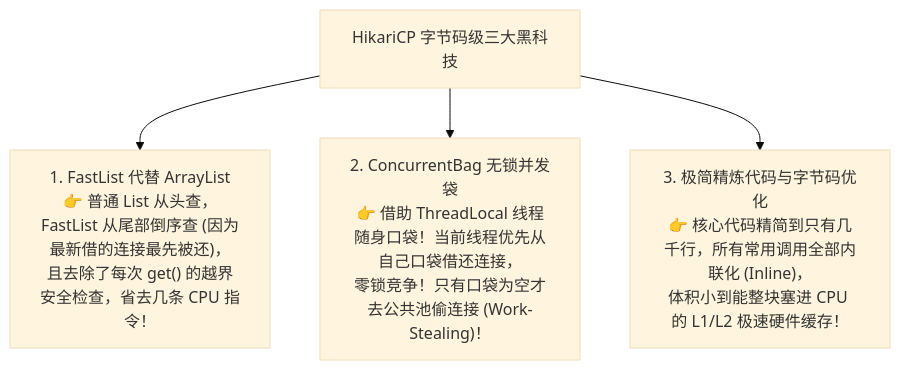
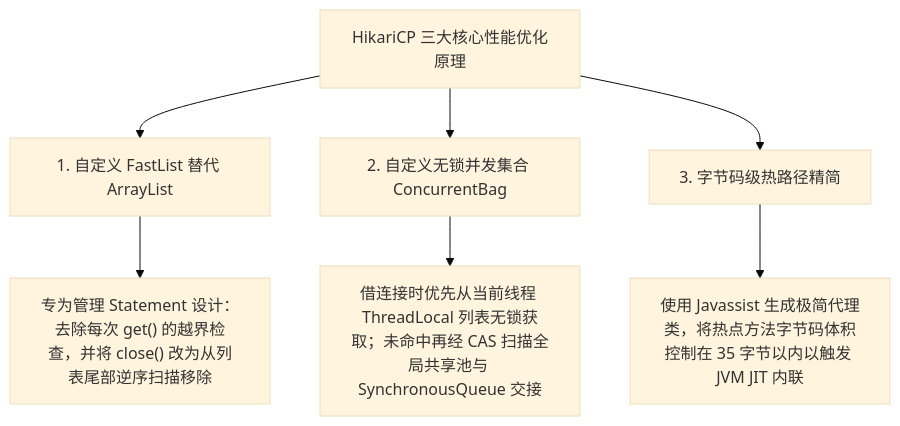
Before and after one commit to GuoWWWX/knowledge-base: the second of 2 diagrams in 20-Java后端/05-数据库与存储/09-数据库连接池与连接管理.md, drawn with Mermaid (base theme). The commit also changed other lines of this file and 251 other files, not shown here.

````diff
--- a/20-Java后端/05-数据库与存储/09-数据库连接池与连接管理.md
+++ b/20-Java后端/05-数据库与存储/09-数据库连接池与连接管理.md
@@ -52,7 +56,13 @@
 ```mermaid
 flowchart TD
-    Hikari["HikariCP 字节码级三大黑科技"]
-    Hikari --> T1["1. FastList 代替 ArrayList<br/>👉 普通 List 从头查，FastList 从尾部倒序查 (因为最新借的连接最先被还)，<br/>且去除了每次 get() 的越界安全检查，省去几条 CPU 指令！"]
-    Hikari --> T2["2. ConcurrentBag 无锁并发袋<br/>👉 借助 ThreadLocal 线程随身口袋！当前线程优先从自己口袋借还连接，<br/>零锁竞争！只有口袋为空才去公共池偷连接 (Work-Stealing)！"]
-    Hikari --> T3["3. 极简精炼代码与字节码优化<br/>👉 核心代码精简到只有几千行，所有常用调用全部内联化 (Inline)，<br/>体积小到能整块塞进 CPU 的 L1/L2 极速硬件缓存！"]
+    Hikari["HikariCP 三大核心性能优化原理"]
+    
+    Hikari --> T1["1. 自定义 FastList 替代 ArrayList"]
+    T1 --> T1_Desc["专为管理 Statement 设计：去除每次 get() 的越界检查，并将 close() 改为从列表尾部逆序扫描移除"]
+    
+    Hikari --> T2["2. 自定义无锁并发集合 ConcurrentBag"]
+    T2 --> T2_Desc["借连接时优先从当前线程 ThreadLocal 列表无锁获取；未命中再经 CAS 扫描全局共享池与 SynchronousQueue 交接"]
+    
+    Hikari --> T3["3. 字节码级热路径精简"]
+    T3 --> T3_Desc["使用 Javassist 生成极简代理类，将热点方法字节码体积控制在 35 字节以内以触发 JVM JIT 内联"]
 ```
````
